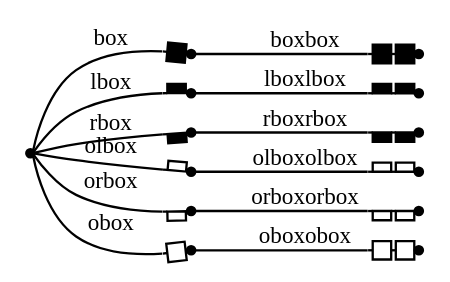
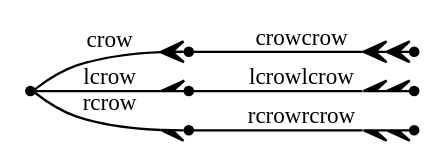
The diagram in out/clusters.out.08.006.gv (graphviz-perl/GraphViz2-Marpa-PathUtils), drawn with Graphviz before and after one commit. The commit also changed 56 other files, not shown here.

```diff
--- a/out/clusters.out.08.006.gv
+++ b/out/clusters.out.08.006.gv
@@ -1,19 +1,13 @@
 digraph G
 {
-	graph[ rankdir = "LR" nodesep = "0"]
-	node[ shape = "point" label = ""]
-	edge[ fontsize = "10"]
-	_box -> box[ arrowhead = "box" label = "box"]
-	box -> boxbox[ arrowhead = "boxbox" label = "boxbox"]
-	_box -> lbox[ arrowhead = "lbox" label = "lbox"]
-	lbox -> lboxlbox[ arrowhead = "lboxlbox" label = "lboxlbox"]
-	_box -> rbox[ arrowhead = "rbox" label = "rbox"]
-	rbox -> rboxrbox[ arrowhead = "rboxrbox" label = "rboxrbox"]
-	_box -> olbox[ arrowhead = "olbox" label = "olbox"]
-	olbox -> olboxolbox[ arrowhead = "olboxolbox" label = "olboxolbox"]
-	_box -> orbox[ arrowhead = "orbox" label = "orbox"]
-	orbox -> orboxorbox[ arrowhead = "orboxorbox" label = "orboxorbox"]
-	_box -> obox[ arrowhead = "obox" label = "obox"]
-	obox -> oboxobox[ arrowhead = "oboxobox" label = "oboxobox"]
+	graph[rankdir = "LR" nodesep = "0"]
+	node[shape = "point" label = ""]
+	edge[fontsize = "10"]
+	_crow -> crow[arrowhead = "crow" label = "crow"]
+	crow -> crowcrow[arrowhead = "crowcrow" label = "crowcrow"]
+	_crow -> lcrow[arrowhead = "lcrow" label = "lcrow"]
+	lcrow -> lcrowlcrow[arrowhead = "lcrowlcrow" label = "lcrowlcrow"]
+	_crow -> rcrow[arrowhead = "rcrow" label = "rcrow"]
+	rcrow -> rcrowrcrow[arrowhead = "rcrowrcrow" label = "rcrowrcrow"]
 
 }
```
